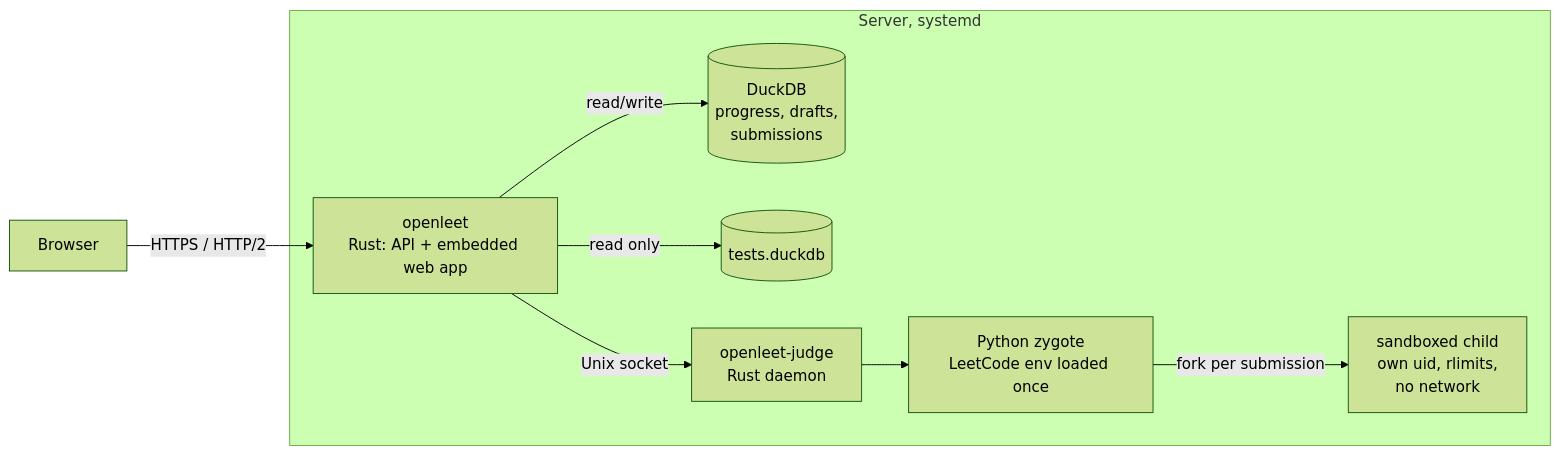
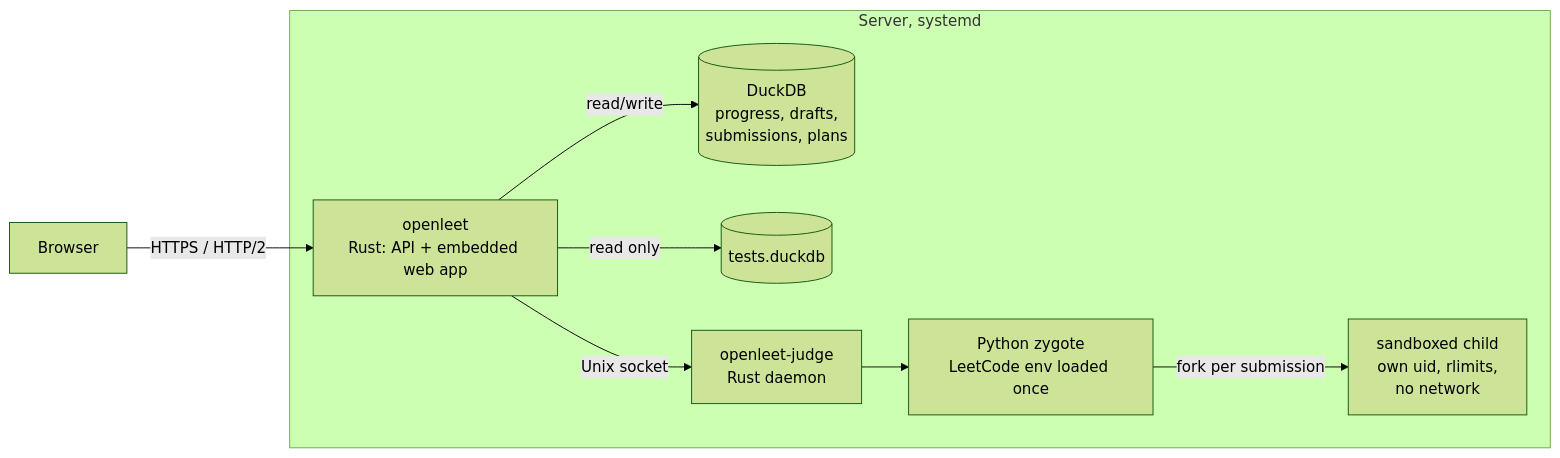
One commit to nsudhanva/openleet changed the first of 3 diagrams in docs/architecture.md. Above: the diagram before and after it, drawn with Mermaid (forest theme). The commit also changed other lines of this file and 14 other files, not shown here.

````diff
--- a/docs/architecture.md
+++ b/docs/architecture.md
@@ -6,12 +6,12 @@
 ```mermaid
 flowchart LR
     B[Browser] -- HTTPS / HTTP/2 --> S
     subgraph VM [Server, systemd]
         S["openleet<br/>Rust: API + embedded web app"]
-        S -- read/write --> D[(DuckDB<br/>progress, drafts,<br/>submissions)]
+        S -- read/write --> D[(DuckDB<br/>progress, drafts,<br/>submissions, plans)]
         S -- read only --> T[(tests.duckdb)]
         S -- Unix socket --> J["openleet-judge<br/>Rust daemon"]
         J --> Z["Python zygote<br/>LeetCode env loaded once"]
         Z -- fork per submission --> C["sandboxed child<br/>own uid, rlimits,<br/>no network"]
     end
 ```
````
